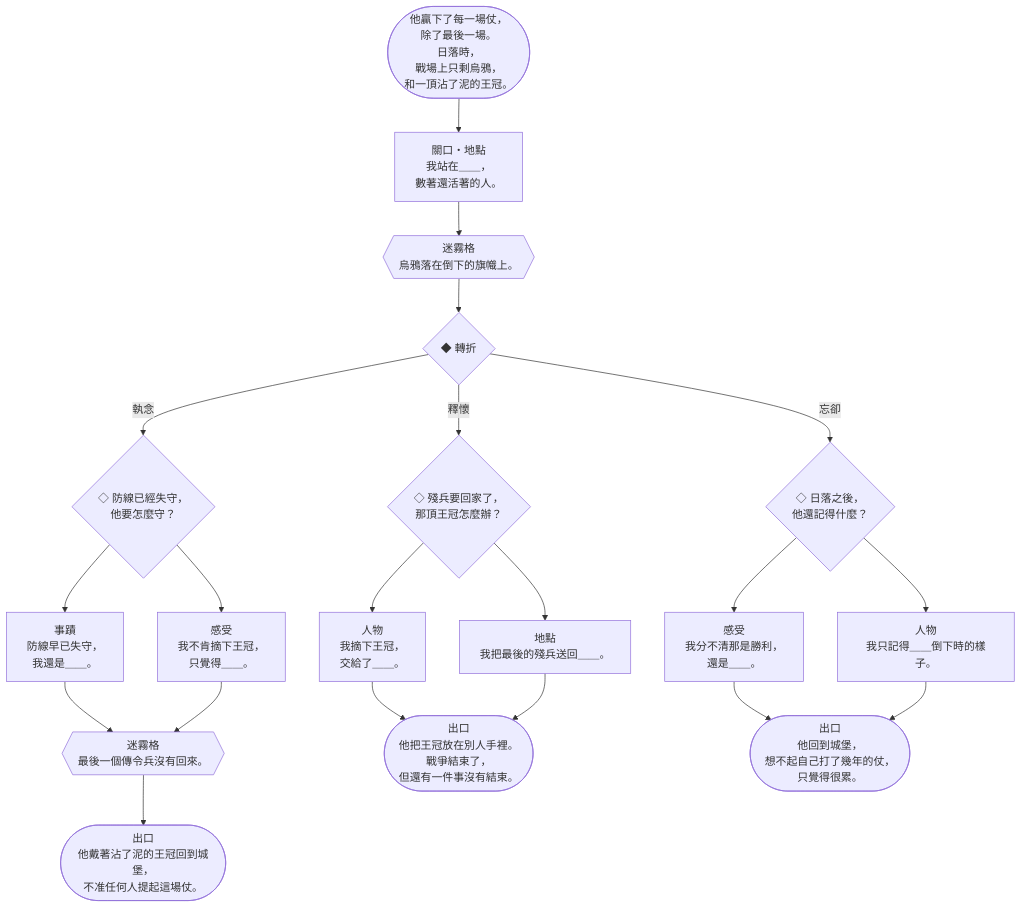
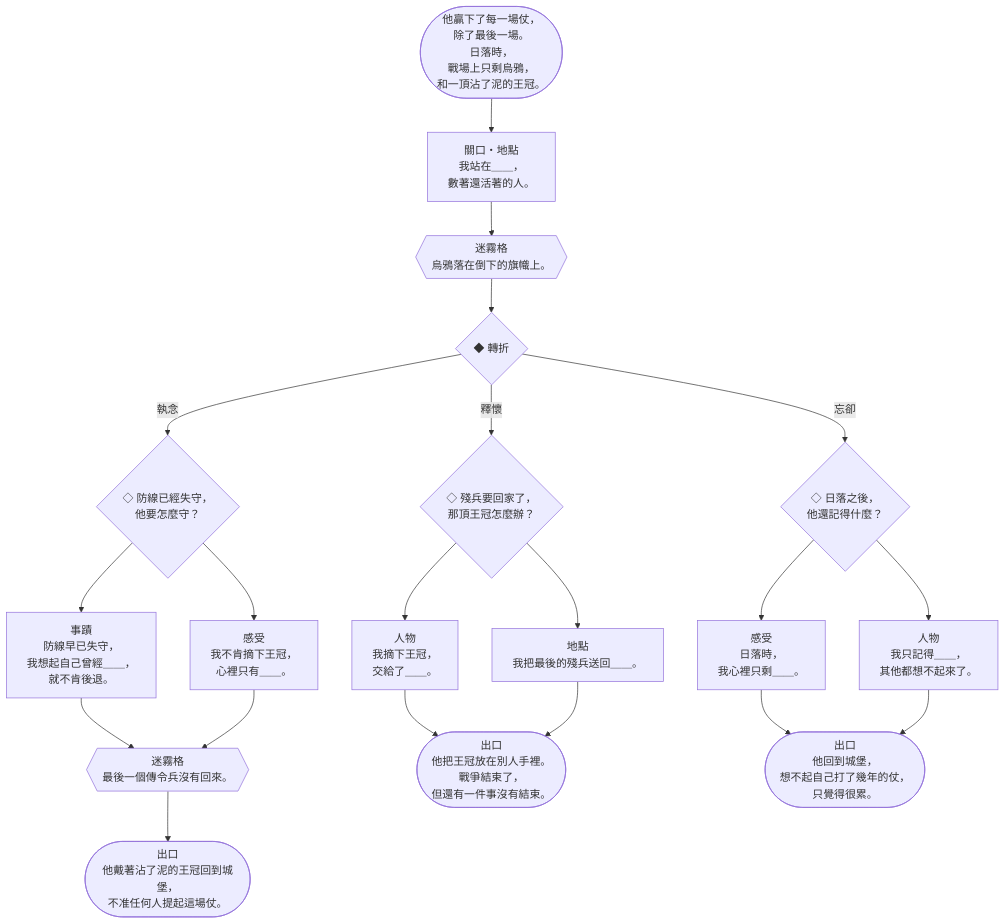
One commit to Ralph-Liu-Hub/Boardgame-Netherbloom changed the seventh of 15 diagrams in docs/design/V5-storybooks.zh-TW.md. Above: the diagram before and after it, drawn with Mermaid. The commit also changed other lines of this file and 4 other files, not shown here.

````diff
--- a/docs/design/V5-storybooks.zh-TW.md
+++ b/docs/design/V5-storybooks.zh-TW.md
@@ -646,38 +646,38 @@
 ```mermaid
 flowchart TD
   c0E(["他贏下了每一場仗，<br>除了最後一場。<br>日落時，<br>戰場上只剩烏鴉，<br>和一頂沾了泥的王冠。"]) --> c0a
   c0a["關口・地點<br>我站在＿＿，<br>數著還活著的人。"]
   c0a --> c0x1
   c0x1{{"迷霧格<br>烏鴉落在倒下的旗幟上。"}}
   c0x1 --> c0f
   c0f{"◆ 轉折"}
   c0f -- 執念 --> c0p1
   c0f -- 釋懷 --> c0p2
   c0f -- 忘卻 --> c0p3
   c0p1{"◇ 防線已經失守，<br>他要怎麼守？"}
   c0p1 --> c0c1
   c0p1 --> c0c2
-  c0c1["事蹟<br>防線早已失守，<br>我還是＿＿。"]
+  c0c1["事蹟<br>防線早已失守，<br>我想起自己曾經＿＿，<br>就不肯後退。"]
   c0c1 --> c0x2
-  c0c2["感受<br>我不肯摘下王冠，<br>只覺得＿＿。"]
+  c0c2["感受<br>我不肯摘下王冠，<br>心裡只有＿＿。"]
   c0c2 --> c0x2
   c0x2{{"迷霧格<br>最後一個傳令兵沒有回來。"}}
   c0x2 --> c0o1
   c0p2{"◇ 殘兵要回家了，<br>那頂王冠怎麼辦？"}
   c0p2 --> c0d1
   c0p2 --> c0d2
   c0d1["人物<br>我摘下王冠，<br>交給了＿＿。"]
   c0d1 --> c0o2
   c0d2["地點<br>我把最後的殘兵送回＿＿。"]
   c0d2 --> c0o2
   c0p3{"◇ 日落之後，<br>他還記得什麼？"}
   c0p3 --> c0e1
   c0p3 --> c0e2
-  c0e1["感受<br>我分不清那是勝利，<br>還是＿＿。"]
+  c0e1["感受<br>日落時，<br>我心裡只剩＿＿。"]
   c0e1 --> c0o3
-  c0e2["人物<br>我只記得＿＿倒下時的樣子。"]
+  c0e2["人物<br>我只記得＿＿，<br>其他都想不起來了。"]
   c0e2 --> c0o3
   c0o1(["出口<br>他戴著沾了泥的王冠回到城堡，<br>不准任何人提起這場仗。"])
   c0o2(["出口<br>他把王冠放在別人手裡。<br>戰爭結束了，<br>但還有一件事沒有結束。"])
   c0o3(["出口<br>他回到城堡，<br>想不起自己打了幾年的仗，<br>只覺得很累。"])
 ```
````
